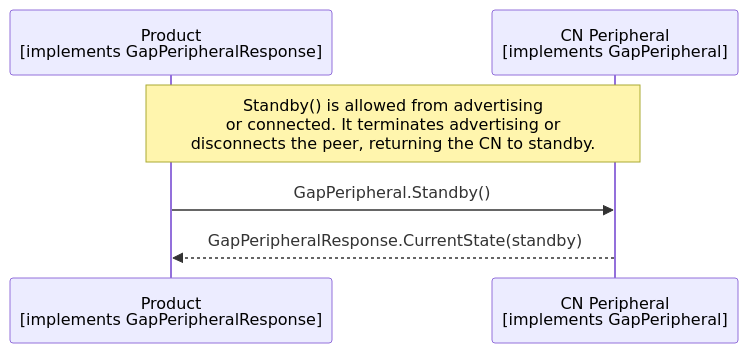
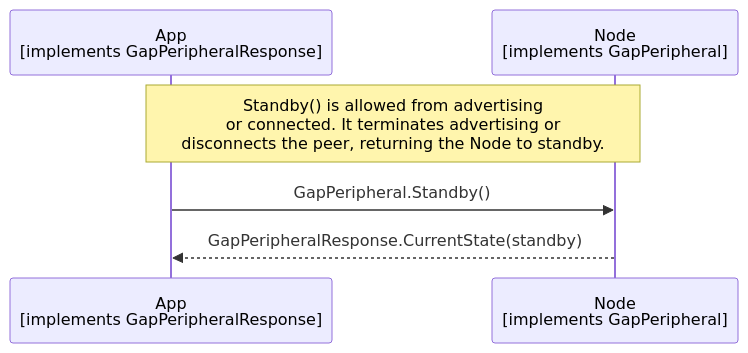
The diagram in documents/modules/ROOT/partials/echoservices/gap_peripheral/GapPeripheral_Standby_sequence.mmd (philips-software/amp-embedded-infra-lib), drawn with Mermaid before and after one commit. The commit also changed 36 other files, not shown here.

```diff
--- a/documents/modules/ROOT/partials/echoservices/gap_peripheral/GapPeripheral_Standby_sequence.mmd
+++ b/documents/modules/ROOT/partials/echoservices/gap_peripheral/GapPeripheral_Standby_sequence.mmd
@@ -1,6 +1,6 @@
 sequenceDiagram
-    participant Product as Product<br>[implements GapPeripheralResponse]
-    participant CN as CN Peripheral<br>[implements GapPeripheral]
-    Note over Product, CN: Standby() is allowed from advertising<br>or connected. It terminates advertising or<br>disconnects the peer, returning the CN to standby.
-    Product->>CN: GapPeripheral.Standby()
-    CN-->>Product: GapPeripheralResponse.CurrentState(standby)
+    participant App as App<br>[implements GapPeripheralResponse]
+    participant Node as Node<br>[implements GapPeripheral]
+    Note over App, Node: Standby() is allowed from advertising<br>or connected. It terminates advertising or<br>disconnects the peer, returning the Node to standby.
+    App->>Node: GapPeripheral.Standby()
+    Node-->>App: GapPeripheralResponse.CurrentState(standby)
```
